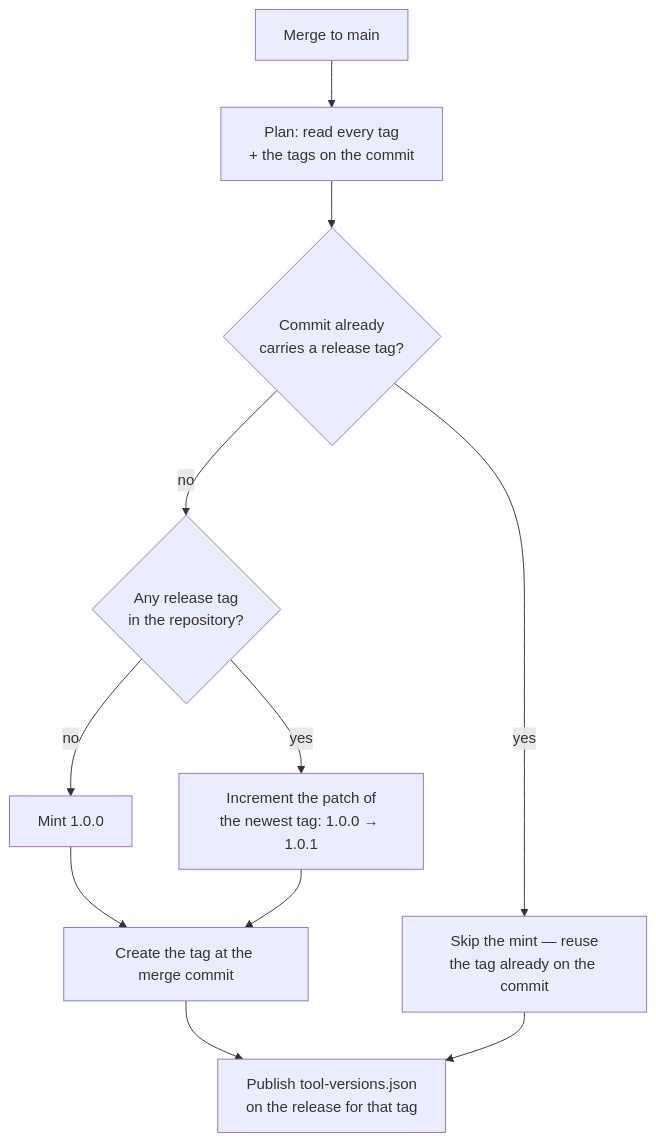
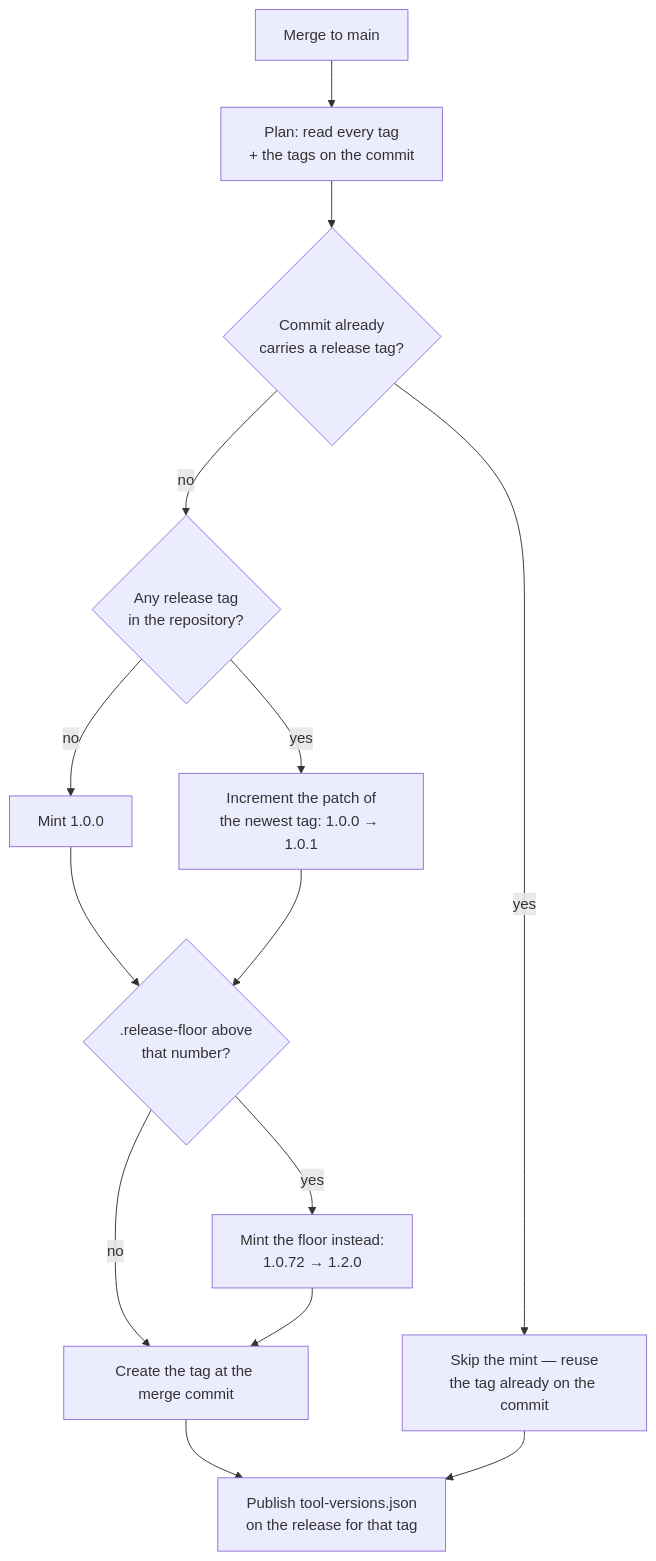
Before and after one commit to stSoftwareAU/VibeCoder: the first of 2 diagrams in docs/RELEASE-TAGGING.md, drawn with Mermaid. The commit also changed other lines of this file and 109 other files, not shown here.

````diff
--- a/docs/RELEASE-TAGGING.md
+++ b/docs/RELEASE-TAGGING.md
@@ -26,13 +29,16 @@
 ```mermaid
 flowchart TD
     M["Merge to main"] --> P["Plan: read every tag<br/>+ the tags on the commit"]
     P --> A{"Commit already<br/>carries a release tag?"}
     A -- yes --> S["Skip the mint — reuse<br/>the tag already on the commit"]
     A -- no --> N{"Any release tag<br/>in the repository?"}
     N -- no --> F["Mint 1.0.0"]
     N -- yes --> I["Increment the patch of<br/>the newest tag: 1.0.0 → 1.0.1"]
-    F --> T["Create the tag at the merge commit"]
-    I --> T
+    F --> B{".release-floor above<br/>that number?"}
+    I --> B
+    B -- no --> T["Create the tag at the merge commit"]
+    B -- yes --> R["Mint the floor instead:<br/>1.0.72 → 1.2.0"]
+    R --> T
     T --> V["Publish tool-versions.json<br/>on the release for that tag"]
     S --> V
 ```
````
